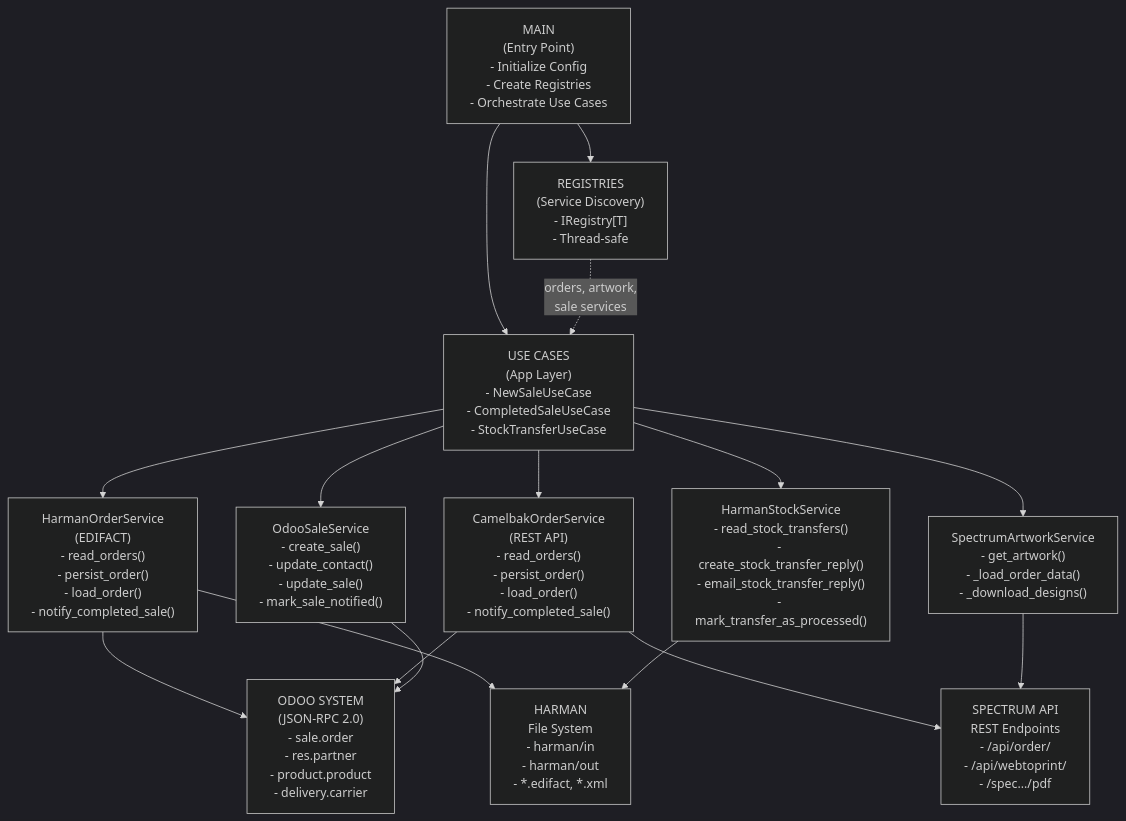
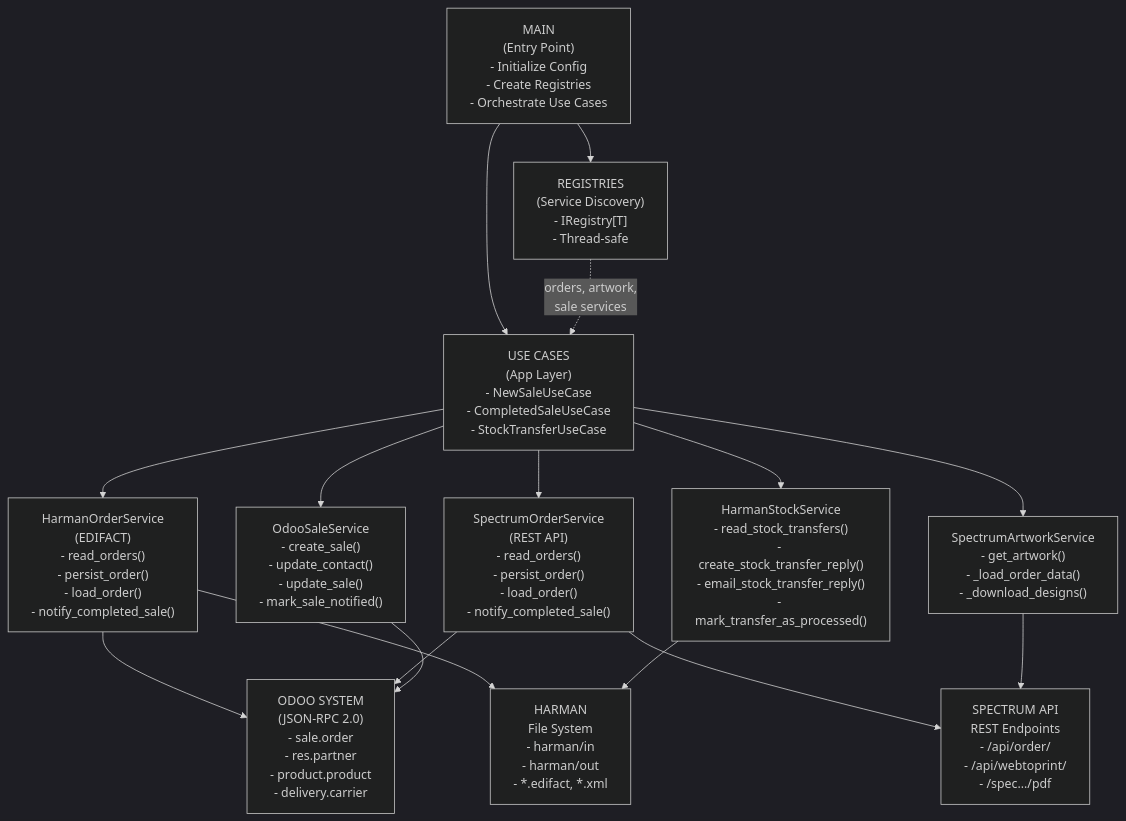
One commit to itdeonet/external_order changed the first of 7 diagrams in ARCHITECTURE_DIAGRAMS.md. Above: the diagram before and after it, drawn with Mermaid (dark theme). The commit also changed 2 other files, not shown here.

Commit message:
Update service names in architecture and documentation for consistency; remove outdated Camelbak references

````diff
--- a/ARCHITECTURE_DIAGRAMS.md
+++ b/ARCHITECTURE_DIAGRAMS.md
@@ -5,40 +5,40 @@
 ```mermaid
 graph TD
     Main["MAIN<br/>(Entry Point)<br/>- Initialize Config<br/>- Create Registries<br/>- Orchestrate Use Cases"]
     
     UC["USE CASES<br/>(App Layer)<br/>- NewSaleUseCase<br/>- CompletedSaleUseCase<br/>- StockTransferUseCase"]
     
     Reg["REGISTRIES<br/>(Service Discovery)<br/>- IRegistry[T]<br/>- Thread-safe"]
     
     OrderSvc1["HarmanOrderService<br/>(EDIFACT)<br/>- read_orders()<br/>- persist_order()<br/>- load_order()<br/>- notify_completed_sale()"]
     
-    OrderSvc2["CamelbakOrderService<br/>(REST API)<br/>- read_orders()<br/>- persist_order()<br/>- load_order()<br/>- notify_completed_sale()"]
+    OrderSvc2["SpectrumOrderService<br/>(REST API)<br/>- read_orders()<br/>- persist_order()<br/>- load_order()<br/>- notify_completed_sale()"]
     
     SaleSvc["OdooSaleService<br/>- create_sale()<br/>- update_contact()<br/>- update_sale()<br/>- mark_sale_notified()"]
     
     ArtSvc["SpectrumArtworkService<br/>- get_artwork()<br/>- _load_order_data()<br/>- _download_designs()"]
     
     StockSvc["HarmanStockService<br/>- read_stock_transfers()<br/>- create_stock_transfer_reply()<br/>- email_stock_transfer_reply()<br/>- mark_transfer_as_processed()"]
     
     Odoo["ODOO SYSTEM<br/>(JSON-RPC 2.0)<br/>- sale.order<br/>- res.partner<br/>- product.product<br/>- delivery.carrier"]
     
     Harman["HARMAN<br/>File System<br/>- harman/in<br/>- harman/out<br/>- *.edifact, *.xml"]
     
     Spectrum["SPECTRUM API<br/>REST Endpoints<br/>- /api/order/<br/>- /api/webtoprint/<br/>- /spec.../pdf"]
     
     Main --> UC
     Main --> Reg
     UC --> OrderSvc1
     UC --> OrderSvc2
     UC --> SaleSvc
     UC --> ArtSvc
     UC --> StockSvc
     Reg -.->|orders, artwork,<br/>sale services| UC
     OrderSvc1 --> Odoo
     OrderSvc1 --> Harman
     OrderSvc2 --> Odoo
     OrderSvc2 --> Spectrum
     SaleSvc --> Odoo
     ArtSvc --> Spectrum
     StockSvc --> Harman
 ```
````
